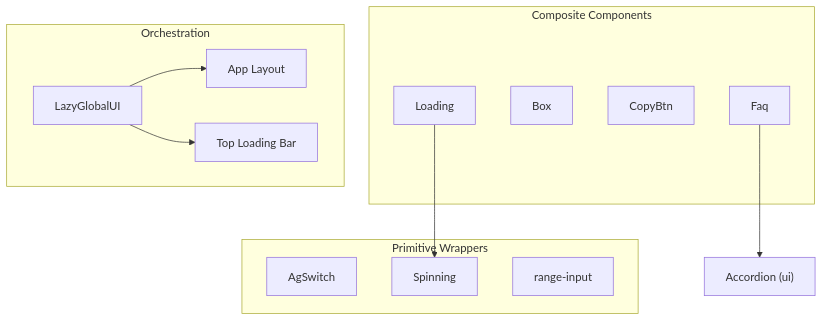
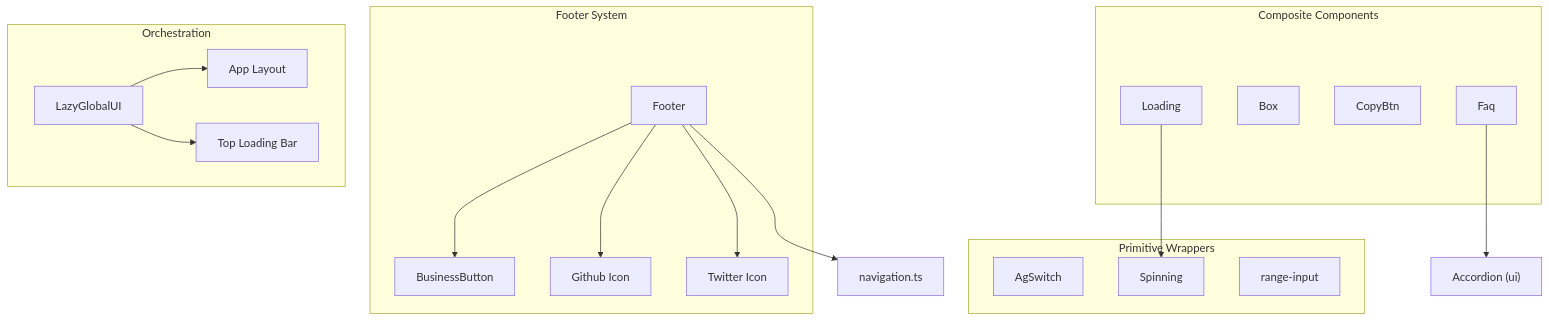
The second of 13 diagrams in .qoder/repowiki/en/content/Component Library.md (flaqai/flaq-saas-template), drawn with Mermaid before and after one commit. The commit also changed other lines of this file and 3 other files, not shown here.

````diff
--- a/.qoder/repowiki/en/content/Component Library.md
+++ b/.qoder/repowiki/en/content/Component Library.md
@@ -121,23 +162,33 @@
 ```mermaid
 graph TB
 subgraph "Primitive Wrappers"
 P1["AgSwitch"]
 P2["Spinning"]
 P3["range-input"]
 end
 subgraph "Composite Components"
 C1["Loading"]
 C2["Box"]
 C3["CopyBtn"]
 C4["Faq"]
 end
+subgraph "Footer System"
+F1["Footer"]
+F2["BusinessButton"]
+F3["Github Icon"]
+F4["Twitter Icon"]
+end
 subgraph "Orchestration"
 O1["LazyGlobalUI"]
 O2["App Layout"]
 O3["Top Loading Bar"]
 end
 C1 --> P2
 C4 --> C5["Accordion (ui)"]
+F1 --> F2
+F1 --> F3
+F1 --> F4
+F1 --> N1["navigation.ts"]
 O1 --> O2
 O1 --> O3
 ```
````
